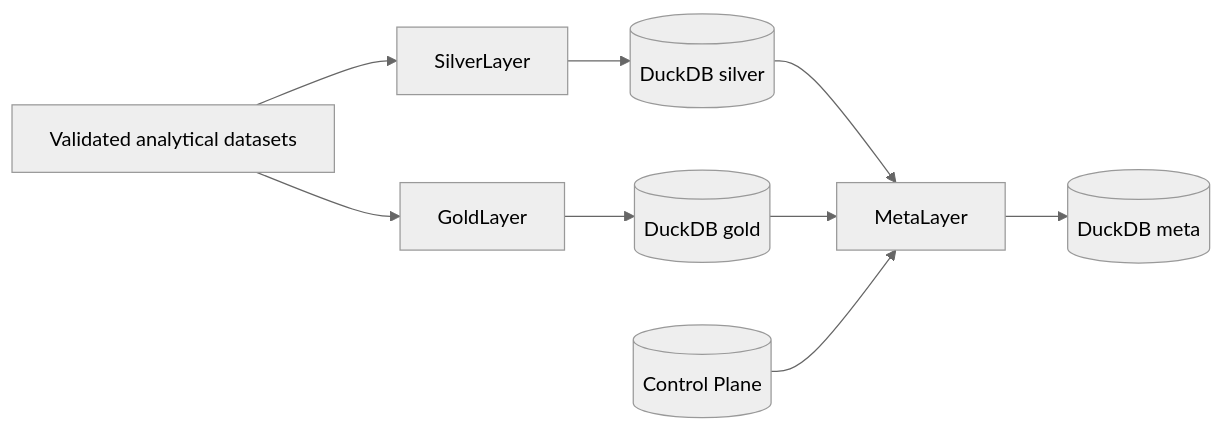
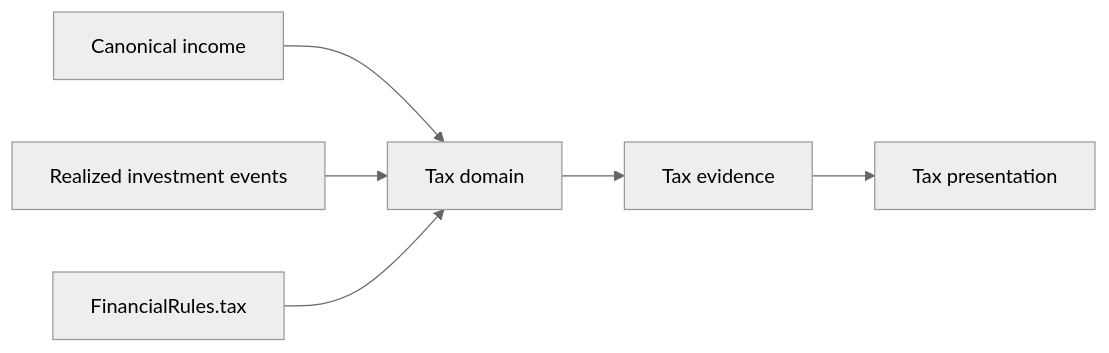
The tenth of 16 diagrams in docs/architecture/system-architecture.md (tks18/personal-finance-etl), drawn with Mermaid (neutral theme) before and after one commit. The commit also changed other lines of this file and 10 other files, not shown here.

Commit message:
docs: update docs/architecture for latest version

````diff
--- a/docs/architecture/system-architecture.md
+++ b/docs/architecture/system-architecture.md
@@ -460,11 +345,8 @@
 ```mermaid
 flowchart LR
-    DFS[Validated analytical datasets] --> S[SilverLayer]
-    DFS --> G[GoldLayer]
-    S --> DS[(DuckDB silver)]
-    G --> DG[(DuckDB gold)]
-    DS --> M[MetaLayer]
-    DG --> M
-    CP[(Control Plane)] --> M
-    M --> DM[(DuckDB meta)]
+    Income[Canonical income] --> TAX[Tax domain]
+    Realized[Realized investment events] --> TAX
+    Rules[FinancialRules.tax] --> TAX
+    TAX --> TE[Tax evidence]
+    TE --> TP[Tax presentation]
 ```
````
